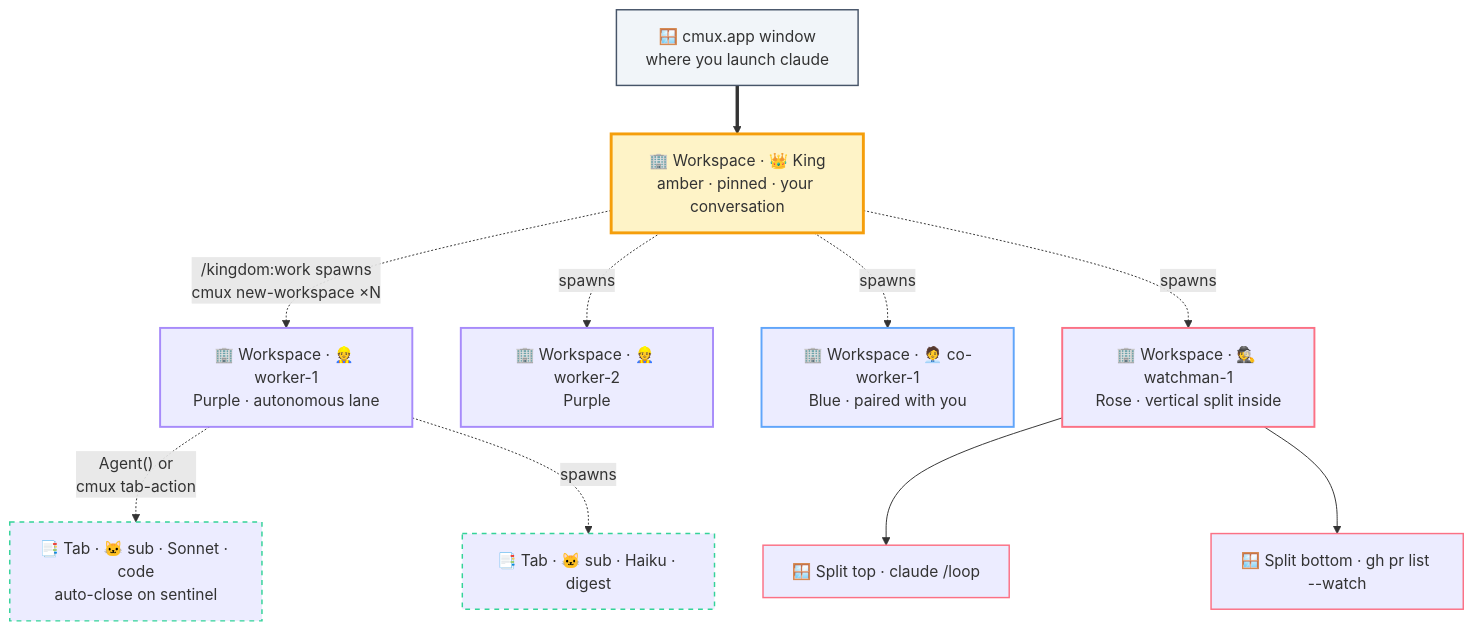
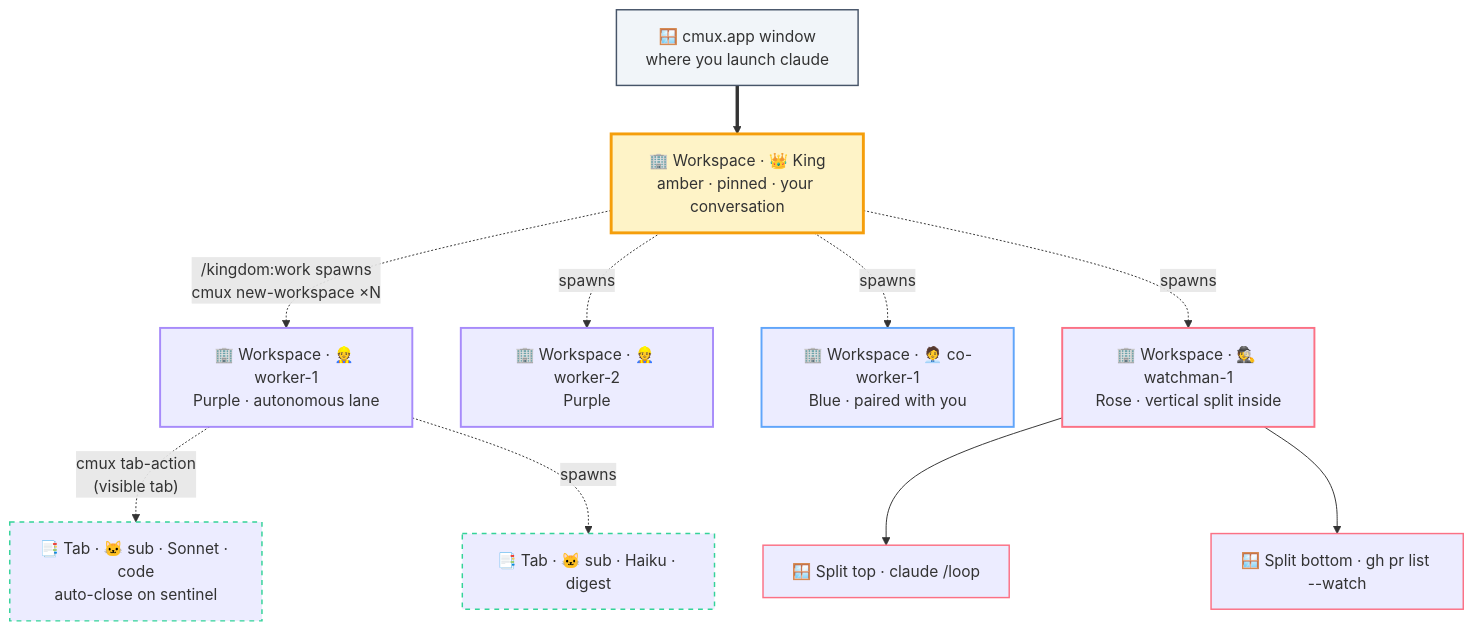
One commit to chatthong/kingdom changed the second of 2 diagrams in docs/cmux-integration.md. Above: the diagram before and after it, drawn with Mermaid. The commit also changed other lines of this file and 77 other files, not shown here.

````diff
--- a/docs/cmux-integration.md
+++ b/docs/cmux-integration.md
@@ -54,31 +56,31 @@
 ```mermaid
 graph TB
     W[🪟 cmux.app window<br/>where you launch claude]
     W ==> K[🏢 Workspace · 👑 King<br/>amber · pinned · your conversation]
 
     K -.->|"/kingdom:work spawns<br/>cmux new-workspace ×N"| M1[🏢 Workspace · 👷 worker-1<br/>Purple · autonomous lane]
     K -.->|spawns| M2[🏢 Workspace · 👷 worker-2<br/>Purple]
     K -.->|spawns| CW[🏢 Workspace · 🧑‍💼 co-worker-1<br/>Blue · paired with you]
     K -.->|spawns| WM[🏢 Workspace · 🕵️ watchman-1<br/>Rose · vertical split inside]
 
-    M1 -.->|"Agent() or<br/>cmux tab-action"| T1[📑 Tab · 🐱 sub · Sonnet · code<br/>auto-close on sentinel]
+    M1 -.->|"cmux tab-action<br/>(visible tab)"| T1[📑 Tab · 🐱 sub · Sonnet · code<br/>auto-close on sentinel]
     M1 -.->|spawns| T2[📑 Tab · 🐱 sub · Haiku · digest]
     WM --> S1[🪟 Split top · claude /loop]
     WM --> S2[🪟 Split bottom · gh pr list --watch]
 
     classDef window fill:#f1f5f9,stroke:#475569,stroke-width:1.5px
     classDef king fill:#fef3c7,stroke:#f59e0b,stroke-width:3px
     classDef opus stroke:#a78bfa,stroke-width:2px
     classDef blue stroke:#60a5fa,stroke-width:2px
     classDef rose stroke:#fb7185,stroke-width:2px
     classDef tab stroke:#34d399,stroke-width:1.5px,stroke-dasharray:5 5
     classDef split stroke:#fb7185,stroke-width:1.5px
 
     class W window
     class K king
     class M1,M2 opus
     class CW blue
     class WM rose
     class T1,T2 tab
     class S1,S2 split
 ```
````
